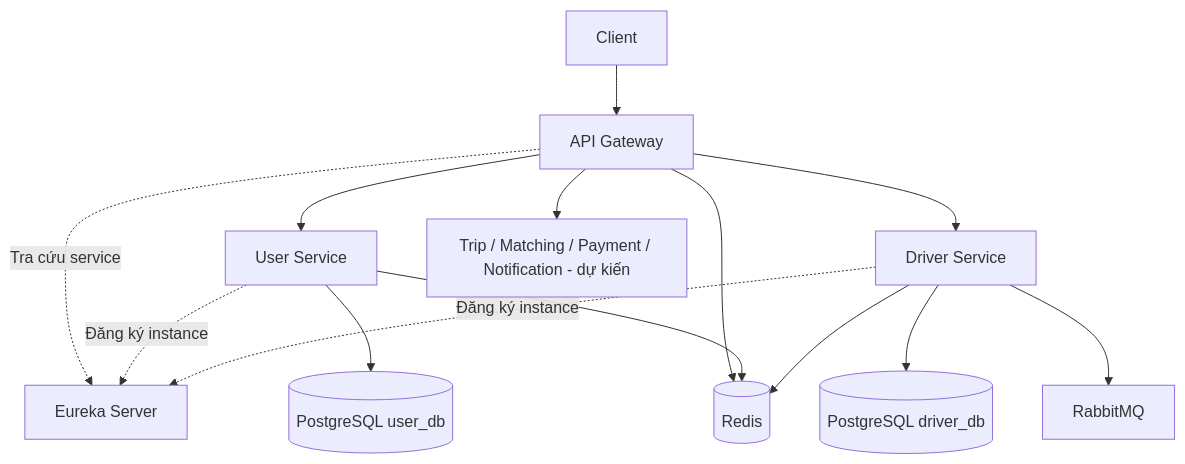
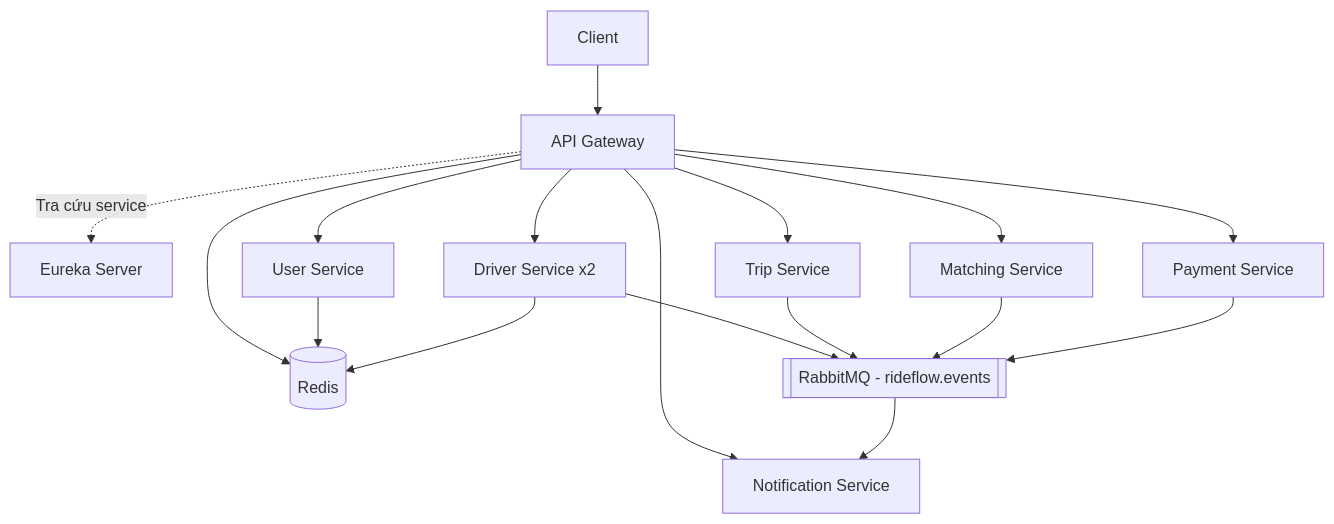
One commit to yuhd1907/ride-hailing-microservice changed the diagram in README.md. Above: the diagram before and after it, drawn with Mermaid. The commit also changed other lines of this file, not shown here.

````diff
--- a/README.md
+++ b/README.md
@@ -9,16 +11,19 @@
 ```mermaid
 flowchart TD
     Client --> Gateway[API Gateway]
     Gateway -. Tra cứu service .-> Eureka[Eureka Server]
     Gateway --> User[User Service]
-    Gateway --> Driver[Driver Service]
-    Gateway --> Future[Trip / Matching / Payment / Notification - dự kiến]
-    User --> UserDB[(PostgreSQL user_db)]
-    Driver --> DriverDB[(PostgreSQL driver_db)]
+    Gateway --> Driver[Driver Service x2]
+    Gateway --> Trip[Trip Service]
+    Gateway --> Matching[Matching Service]
+    Gateway --> Payment[Payment Service]
+    Gateway --> Notification[Notification Service]
     Gateway --> Redis[(Redis)]
     User --> Redis
     Driver --> Redis
-    Driver --> RabbitMQ
-    User -. Đăng ký instance .-> Eureka
-    Driver -. Đăng ký instance .-> Eureka
+    Driver --> MQ[[RabbitMQ - rideflow.events]]
+    Trip --> MQ
+    Matching --> MQ
+    Payment --> MQ
+    MQ --> Notification
 ```
````
